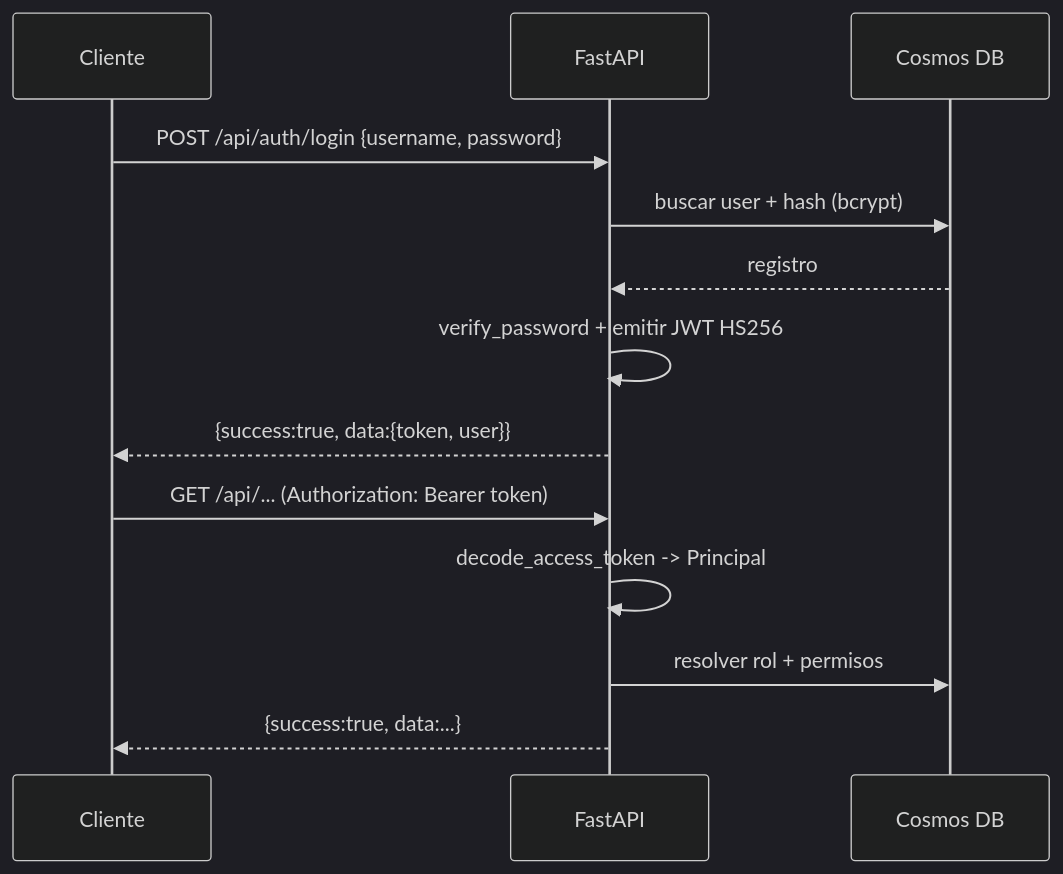
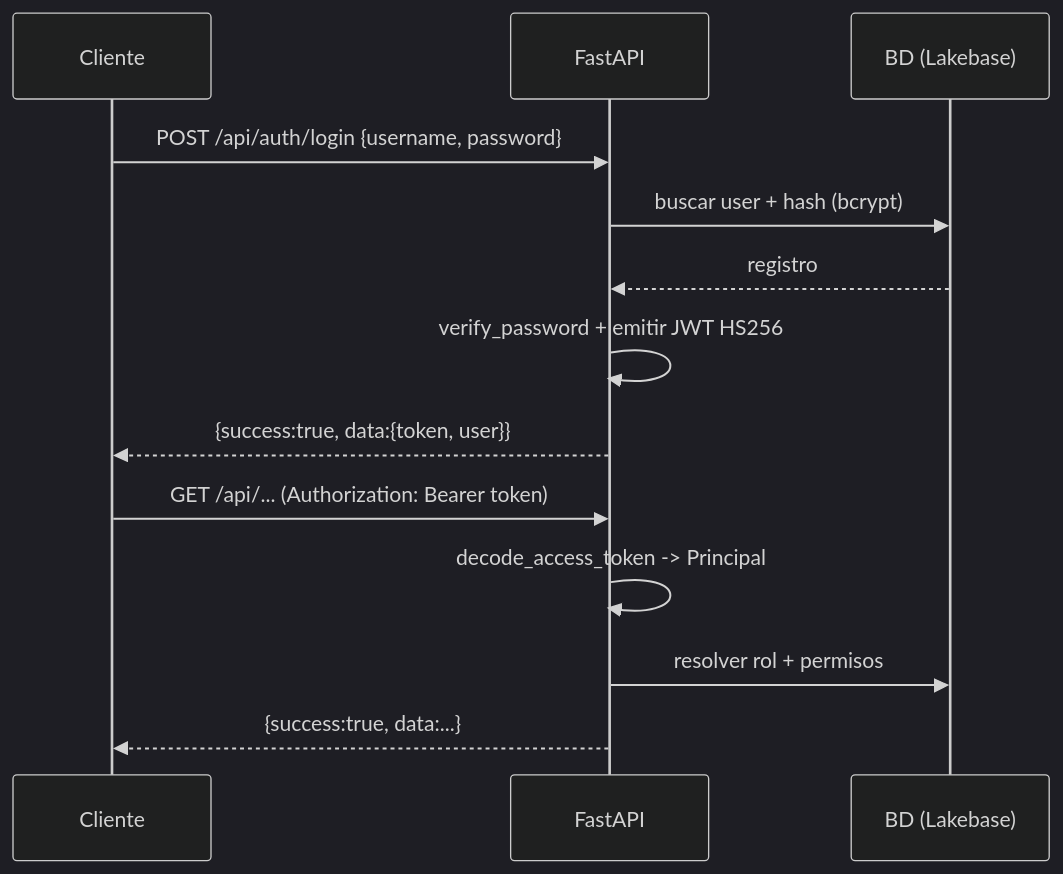
Before and after one commit to Carlosmps97/backend-data-model-hub: the second of 9 diagrams in doc/api-contract.md, drawn with Mermaid (dark theme). The commit also changed other lines of this file and 8 other files, not shown here.

````diff
--- a/doc/api-contract.md
+++ b/doc/api-contract.md
@@ -74,15 +77,15 @@
 ```mermaid
 sequenceDiagram
     participant C as Cliente
     participant API as FastAPI
-    participant DB as Cosmos DB
+    participant DB as BD (Lakebase)
     C->>API: POST /api/auth/login {username, password}
     API->>DB: buscar user + hash (bcrypt)
     DB-->>API: registro
     API->>API: verify_password + emitir JWT HS256
     API-->>C: {success:true, data:{token, user}}
     C->>API: GET /api/... (Authorization: Bearer token)
     API->>API: decode_access_token -> Principal
     API->>DB: resolver rol + permisos
     API-->>C: {success:true, data:...}
 ```
````
